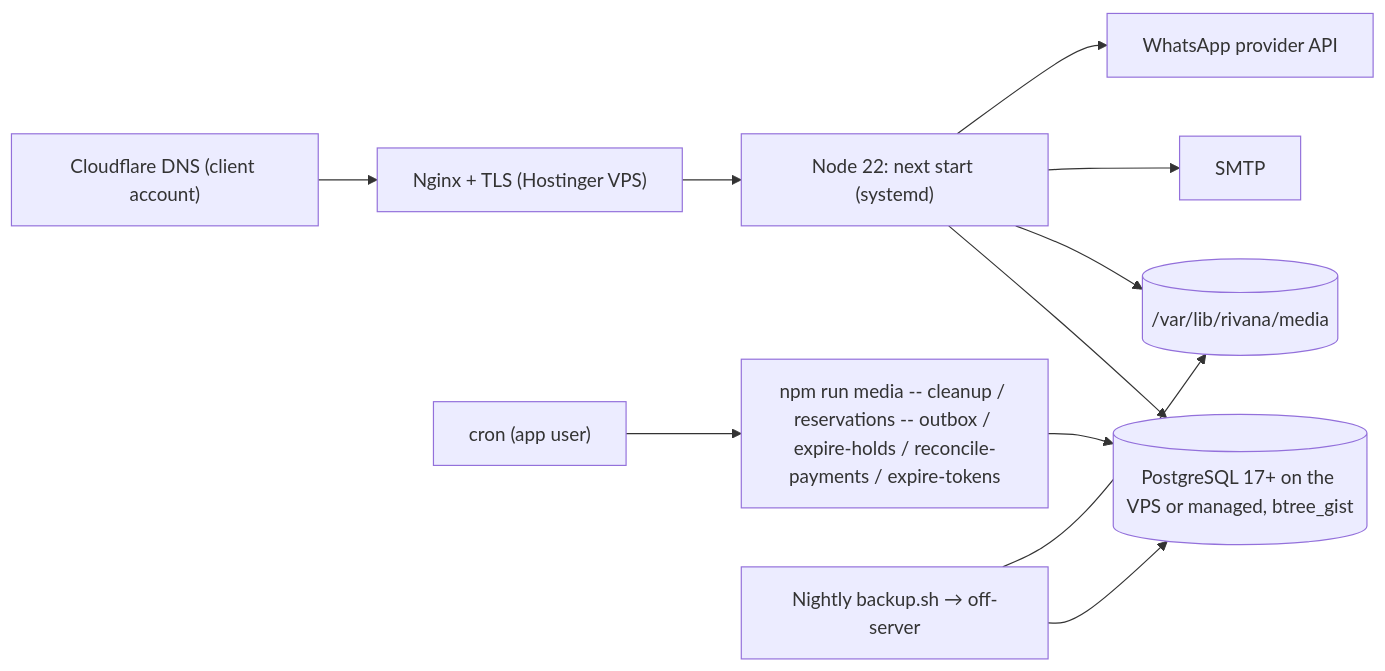
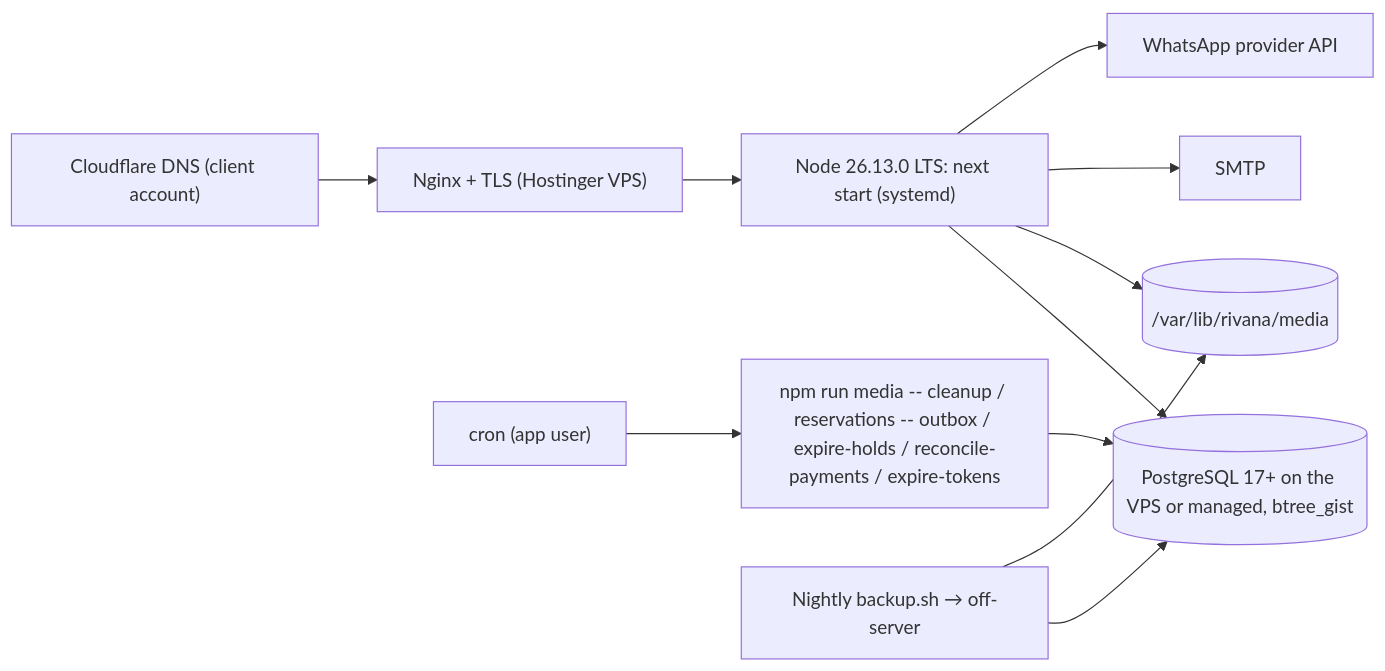
Before and after one commit to mohamedmosilhy/Rivana-Residence: the fourth of 4 diagrams in docs/architecture/overview.md, drawn with Mermaid. The commit also changed 13 other files, not shown here.

Commit message:
chore(runtime): align Mac and project on Node 26 LTS

````diff
--- a/docs/architecture/overview.md
+++ b/docs/architecture/overview.md
@@ -200,13 +200,13 @@
 ```mermaid
 flowchart LR
   CF["Cloudflare DNS (client account)"] --> Nginx["Nginx + TLS (Hostinger VPS)"]
-  Nginx --> Node1["Node 22: next start (systemd)"]
+  Nginx --> Node1["Node 26.13.0 LTS: next start (systemd)"]
   Node1 --> PG[("PostgreSQL 17+ on the VPS or managed, btree_gist")]
   Node1 --> FS[("/var/lib/rivana/media")]
   Node1 --> SMTP["SMTP"]
   Node1 --> WA2["WhatsApp provider API"]
   Cron["cron (app user)"] --> Jobs["npm run media -- cleanup / reservations -- outbox / expire-holds / reconcile-payments / expire-tokens"]
   Jobs --> PG
   Backup["Nightly backup.sh → off-server"] --> PG
   Backup --> FS
 ```
````
